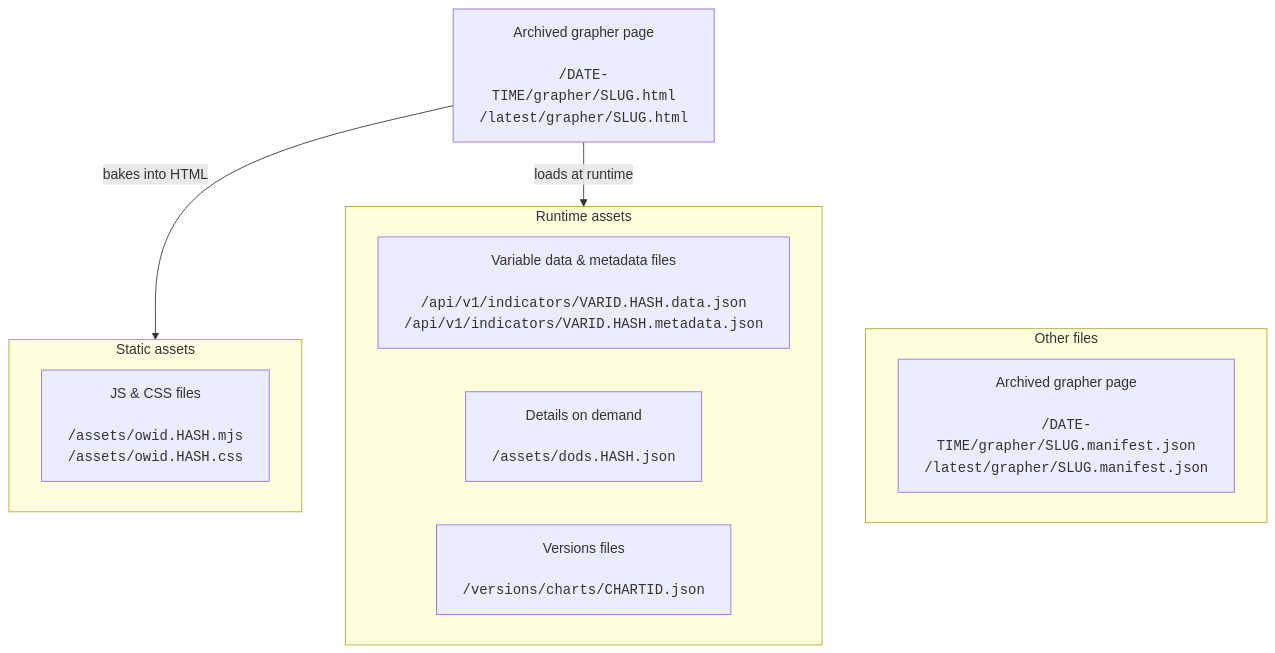
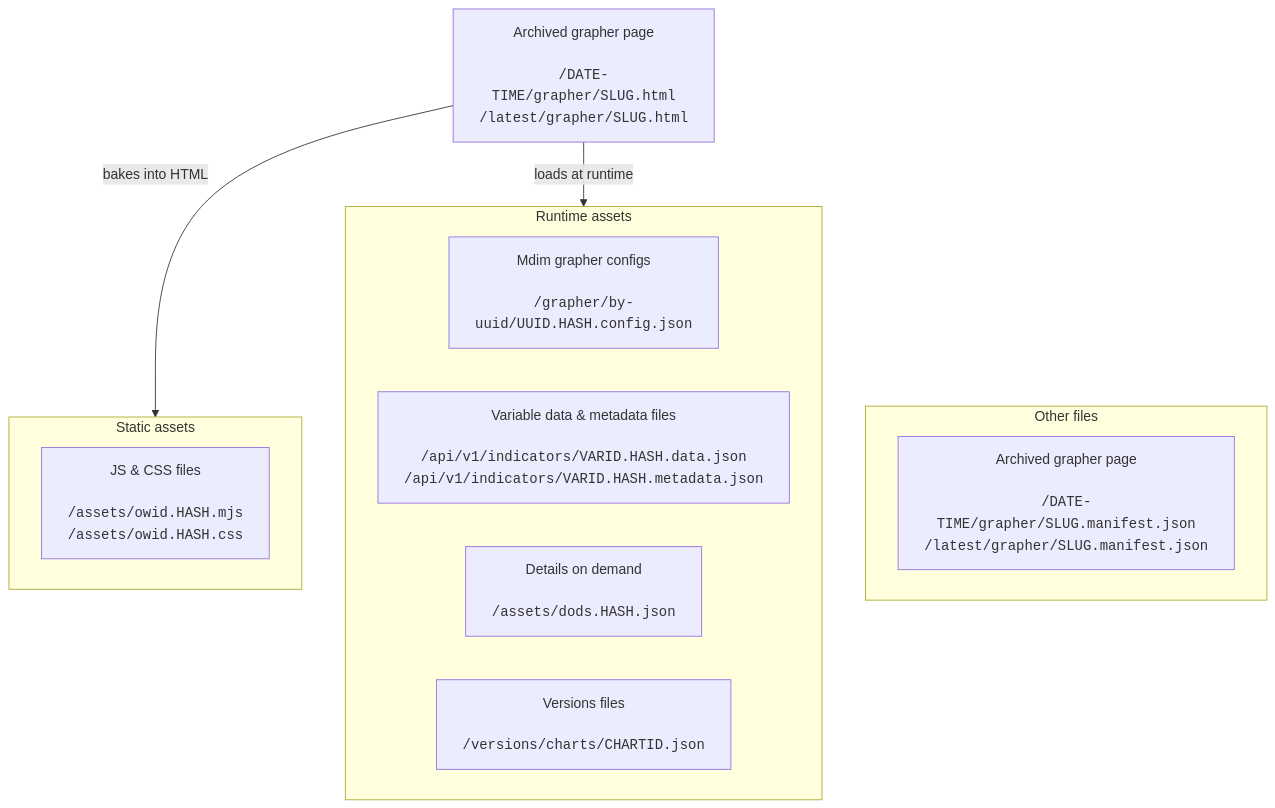
Before and after one commit to owid/owid-grapher: the diagram in baker/archival/README.md, drawn with Mermaid. The commit also changed other lines of this file and 25 other files, not shown here.

````diff
--- a/baker/archival/README.md
+++ b/baker/archival/README.md
@@ -9,18 +9,19 @@
 ```mermaid
 flowchart TD
  subgraph static["Static assets"]
         assets["JS & CSS files<br><br><code>/assets/owid.HASH.mjs</code><br><code>/assets/owid.HASH.css</code>"]
   end
  subgraph runtime["Runtime assets"]
+        configs["Mdim grapher configs<br><br><code>/grapher/by-uuid/UUID.HASH.config.json</code>"]
         vars["Variable data &amp; metadata files<br><br><code>/api/v1/indicators/VARID.HASH.data.json</code><br><code>/api/v1/indicators/VARID.HASH.metadata.json</code>"]
         dods["Details on demand<br><br><code>/assets/dods.HASH.json</code>"]
         versions["Versions files<br><br><code>/versions/charts/CHARTID.json</code>"]
   end
   subgraph other["Other files"]
     manifests["Archived grapher page<br><br><code>/DATE-TIME/grapher/SLUG.manifest.json</code><br><code>/latest/grapher/SLUG.manifest.json</code>"]
   end
     page["Archived grapher page<br><br><code>/DATE-TIME/grapher/SLUG.html</code><br><code>/latest/grapher/SLUG.html</code>"]
     page -- bakes into HTML --> static
     page -- loads at runtime --> runtime
     page ~~~ other
 ```
````
